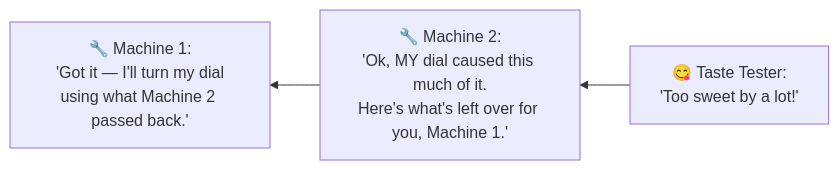
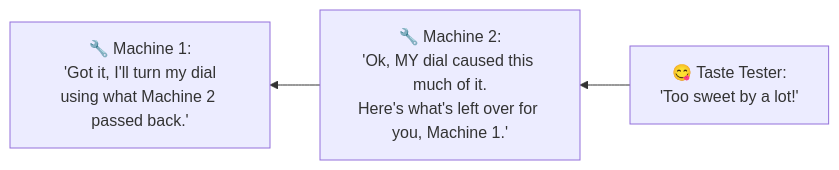
Before and after one commit to EmanMaqsood190/AI-From-Scratch: the first of 3 diagrams in class-3/notes.md, drawn with Mermaid. The commit also changed other lines of this file, not shown here.

````diff
--- a/class-3/notes.md
+++ b/class-3/notes.md
@@ -61,5 +61,5 @@
 ```mermaid
 flowchart RL
     T["😋 Taste Tester:<br/>'Too sweet by a lot!'"] --> M2["🔧 Machine 2:<br/>'Ok, MY dial caused this much of it.<br/>Here's what's left over for you, Machine 1.'"]
-    M2 --> M1["🔧 Machine 1:<br/>'Got it — I'll turn my dial<br/>using what Machine 2 passed back.'"]
+    M2 --> M1["🔧 Machine 1:<br/>'Got it, I'll turn my dial<br/>using what Machine 2 passed back.'"]
 ```
````
